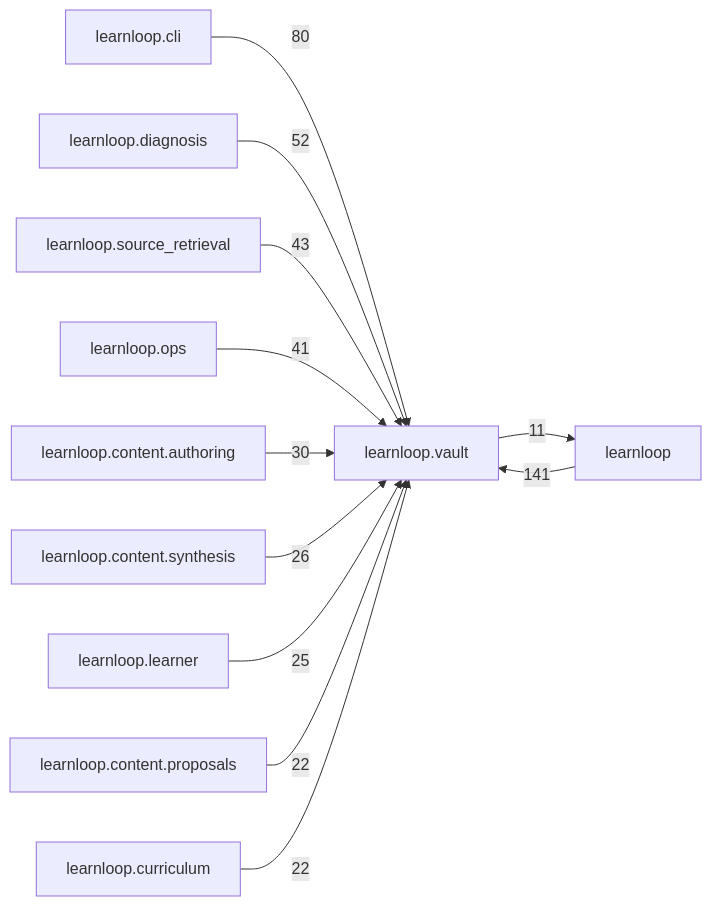
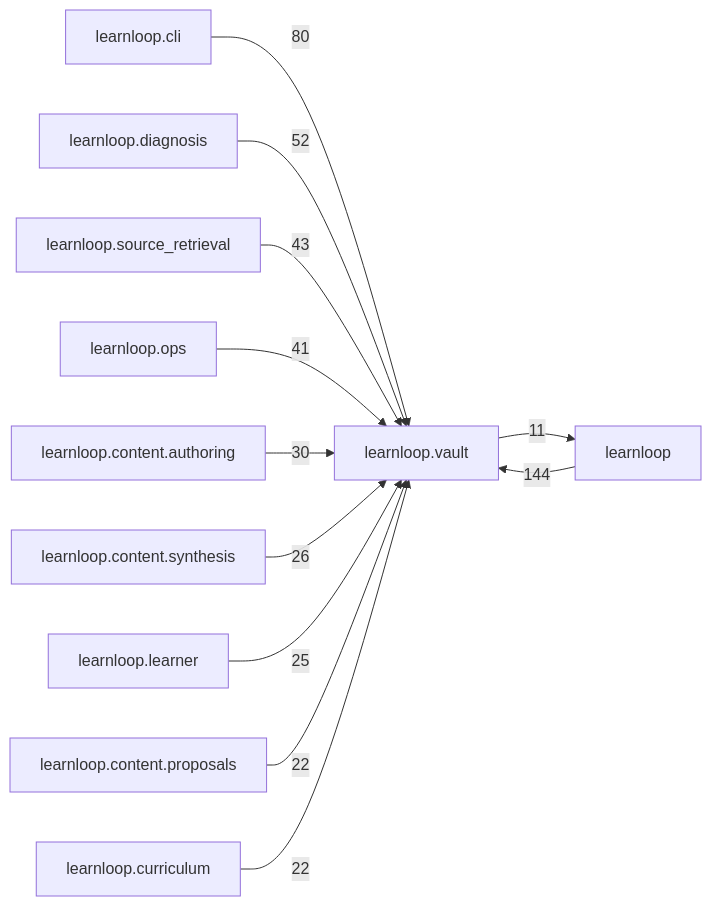
The diagram in docs/learnloop-architecture-vault/Reference/Modules/learnloop/vault/_package.md (6up-b/learnanything), drawn with Mermaid before and after one commit. The commit also changed other lines of this file and 16 other files, not shown here.

````diff
--- a/docs/learnloop-architecture-vault/Reference/Modules/learnloop/vault/_package.md
+++ b/docs/learnloop-architecture-vault/Reference/Modules/learnloop/vault/_package.md
@@ -137,25 +137,25 @@
 ```mermaid
 flowchart LR
     center["learnloop.vault"]
     n_learnloop["learnloop"]
     n_learnloop_cli["learnloop.cli"]
     n_learnloop_diagnosis["learnloop.diagnosis"]
     n_learnloop_source_retrieval["learnloop.source_retrieval"]
     n_learnloop_ops["learnloop.ops"]
     n_learnloop_content_authoring["learnloop.content.authoring"]
     n_learnloop_content_synthesis["learnloop.content.synthesis"]
     n_learnloop_learner["learnloop.learner"]
     n_learnloop_content_proposals["learnloop.content.proposals"]
     n_learnloop_curriculum["learnloop.curriculum"]
-    n_learnloop -->|141| center
+    n_learnloop -->|144| center
     center -->|11| n_learnloop
     n_learnloop_cli -->|80| center
     n_learnloop_diagnosis -->|52| center
     n_learnloop_source_retrieval -->|43| center
     n_learnloop_ops -->|41| center
     n_learnloop_content_authoring -->|30| center
     n_learnloop_content_synthesis -->|26| center
     n_learnloop_learner -->|25| center
     n_learnloop_content_proposals -->|22| center
     n_learnloop_curriculum -->|22| center
 ```
````
